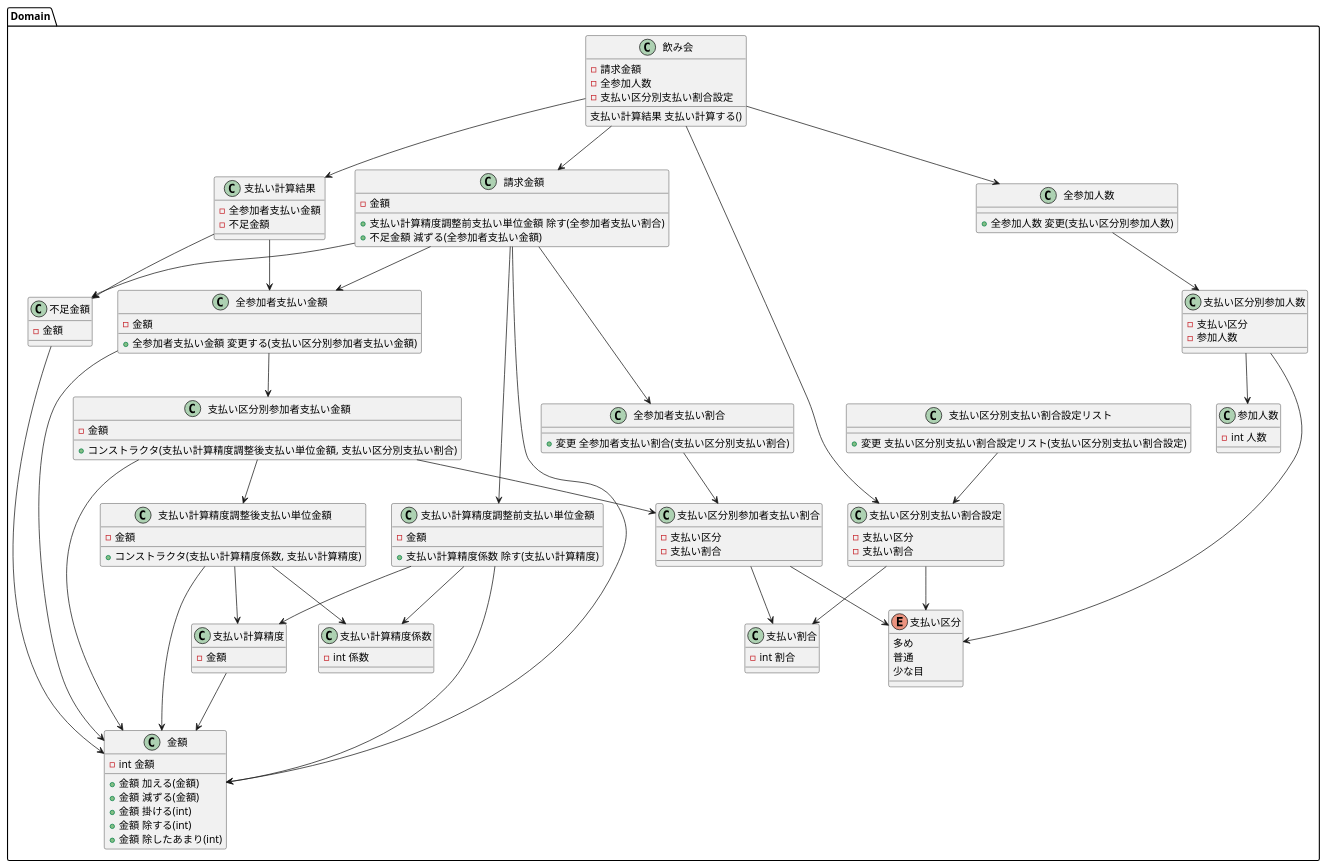
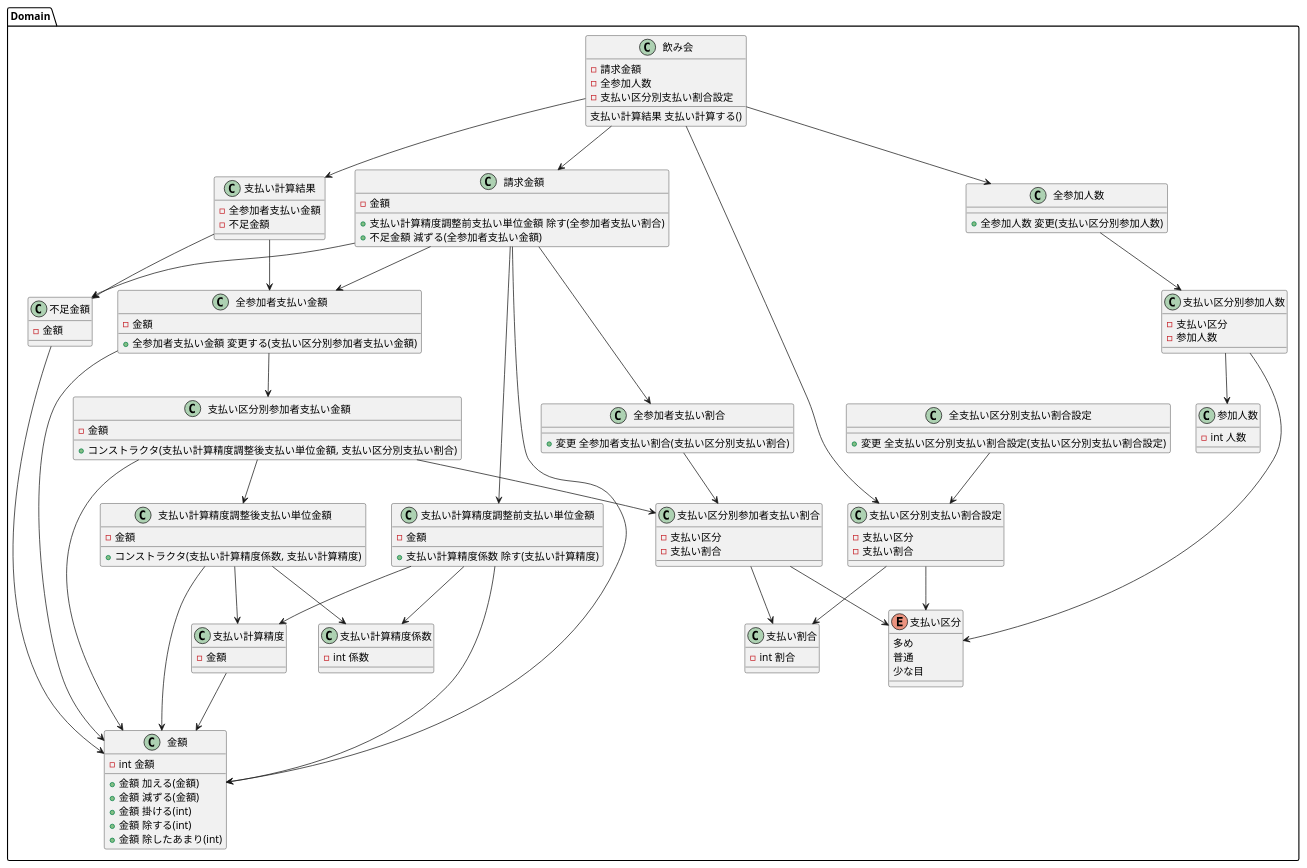
The diagram in docs/モデル.puml (burobo/warikan), drawn with PlantUML before and after one commit. The commit also changed 1 other file, not shown here.

```diff
--- a/docs/モデル.puml
+++ b/docs/モデル.puml
@@ -1,151 +1,151 @@
 @startuml model
 package Domain {
 
     class 支払い計算結果 {
         - 全参加者支払い金額
         - 不足金額
     }
 
     class 金額 {
         - int 金額
         + 金額 加える(金額)
         + 金額 減ずる(金額)
         + 金額 掛ける(int)
         + 金額 除する(int)
         + 金額 除したあまり(int)
     }
 
     class 請求金額 {
         - 金額
         + 支払い計算精度調整前支払い単位金額 除す(全参加者支払い割合)
         + 不足金額 減ずる(全参加者支払い金額)
     }
 
     class 全参加者支払い金額 {
         - 金額
         + 全参加者支払い金額 変更する(支払い区分別参加者支払い金額)
     }
 
     class 支払い区分別参加者支払い金額 {
         - 金額
         + コンストラクタ(支払い計算精度調整後支払い単位金額, 支払い区分別支払い割合)
     }
 
     class 不足金額 {
         - 金額
     }
 
     class 支払い計算精度調整前支払い単位金額 {
         - 金額
         + 支払い計算精度係数 除す(支払い計算精度)
     }
 
     class 支払い計算精度調整後支払い単位金額 {
         - 金額
         + コンストラクタ(支払い計算精度係数, 支払い計算精度)
     }
 
     class 支払い計算精度 {
         - 金額
     }
 
     class 支払い計算精度係数 {
         - int 係数
     }
         
     enum 支払い区分 {
         多め
         普通
         少な目
     }
 
     class 支払い割合 {
         - int 割合
     }
 
     class 支払い区分別支払い割合設定 {
         - 支払い区分
         - 支払い割合
     }
 
-    class 支払い区分別支払い割合設定リスト {
-        + 変更 支払い区分別支払い割合設定リスト(支払い区分別支払い割合設定)
+    class 全支払い区分別支払い割合設定 {
+        + 変更 全支払い区分別支払い割合設定(支払い区分別支払い割合設定)
     }
 
     class 支払い区分別参加者支払い割合 {
         - 支払い区分
         - 支払い割合
     }
 
     class 全参加者支払い割合 {
         + 変更 全参加者支払い割合(支払い区分別支払い割合)
     }
 
     class 飲み会 {
         - 請求金額
         - 全参加人数
         - 支払い区分別支払い割合設定
         支払い計算結果 支払い計算する()
     }
 
     class 参加人数 {
         - int 人数
     }
 
     class 支払い区分別参加人数 {
         - 支払い区分
         - 参加人数
     }
 
     class 全参加人数 {
         + 全参加人数 変更(支払い区分別参加人数)
     }
 }
 
 支払い計算結果 --> 全参加者支払い金額
 支払い計算結果 --> 不足金額
 
 請求金額 --> 支払い計算精度調整前支払い単位金額
 請求金額 --> 全参加者支払い割合
 請求金額 --> 全参加者支払い金額
 請求金額 --> 不足金額
 
 支払い区分別参加者支払い金額 --> 支払い計算精度調整後支払い単位金額
 支払い区分別参加者支払い金額 --> 支払い区分別参加者支払い割合
 
 全参加者支払い金額 --> 支払い区分別参加者支払い金額
 
 支払い計算精度調整前支払い単位金額 --> 支払い計算精度係数
 支払い計算精度調整前支払い単位金額 --> 支払い計算精度
 
 支払い計算精度調整後支払い単位金額 --> 支払い計算精度係数
 支払い計算精度調整後支払い単位金額 --> 支払い計算精度
 
 支払い区分別支払い割合設定 --> 支払い区分
 支払い区分別支払い割合設定 --> 支払い割合
 
-支払い区分別支払い割合設定リスト --> 支払い区分別支払い割合設定
+全支払い区分別支払い割合設定 --> 支払い区分別支払い割合設定
 
 支払い区分別参加者支払い割合 --> 支払い区分
 支払い区分別参加者支払い割合 --> 支払い割合
 
 全参加者支払い割合 --> 支払い区分別参加者支払い割合
 
 飲み会 --> 支払い計算結果
 飲み会 --> 請求金額
 飲み会 --> 全参加人数
 飲み会 --> 支払い区分別支払い割合設定
 
 支払い区分別参加人数 --> 支払い区分
 支払い区分別参加人数 --> 参加人数
 
 全参加人数 --> 支払い区分別参加人数
 
 請求金額 --> 金額
 全参加者支払い金額 --> 金額
 支払い区分別参加者支払い金額 --> 金額
 不足金額 --> 金額
 支払い計算精度調整前支払い単位金額 --> 金額
 支払い計算精度調整後支払い単位金額 --> 金額
 支払い計算精度 --> 金額
 @enduml
```
